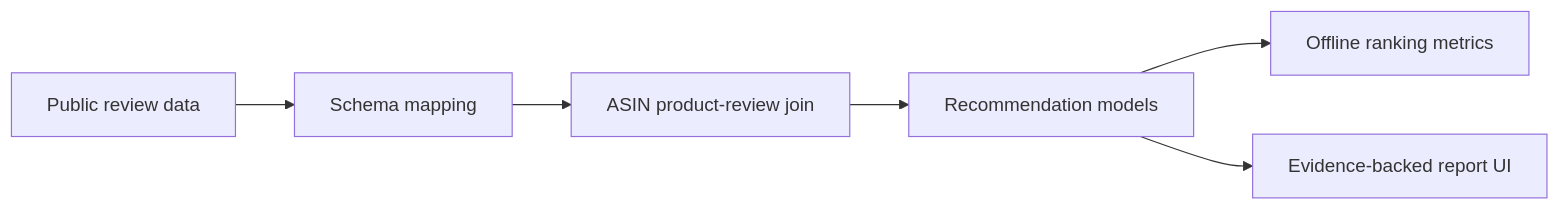
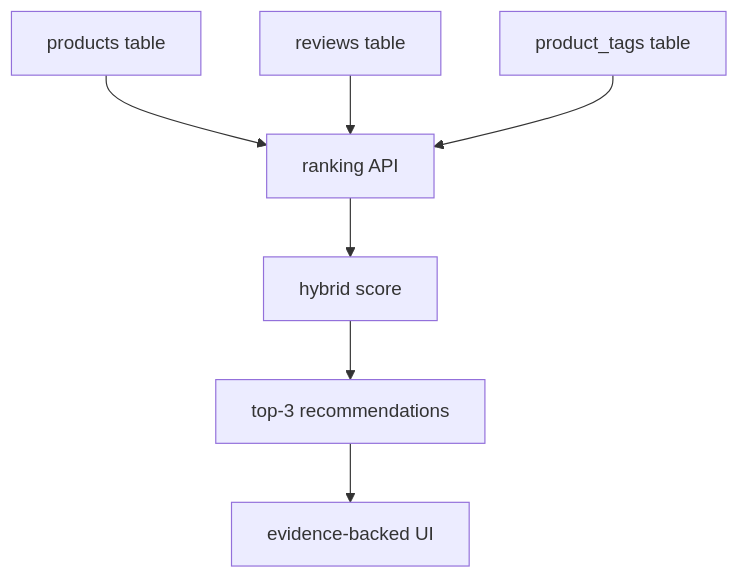
Before and after one commit to Samuel-0930/glowfit-ai: the second of 2 diagrams in README.md, drawn with Mermaid. The commit also changed other lines of this file and 22 other files, not shown here.

````diff
--- a/README.md
+++ b/README.md
@@ -34,8 +60,9 @@
 ```mermaid
-flowchart LR
-    A["Public review data"] --> B["Schema mapping"]
-    B --> C["ASIN product-review join"]
-    C --> D["Recommendation models"]
-    D --> E["Offline ranking metrics"]
-    D --> F["Evidence-backed report UI"]
+flowchart TB
+    A["products table"] --> D["ranking API"]
+    B["reviews table"] --> D
+    C["product_tags table"] --> D
+    D --> E["hybrid score"]
+    E --> F["top-3 recommendations"]
+    F --> G["evidence-backed UI"]
 ```
````
